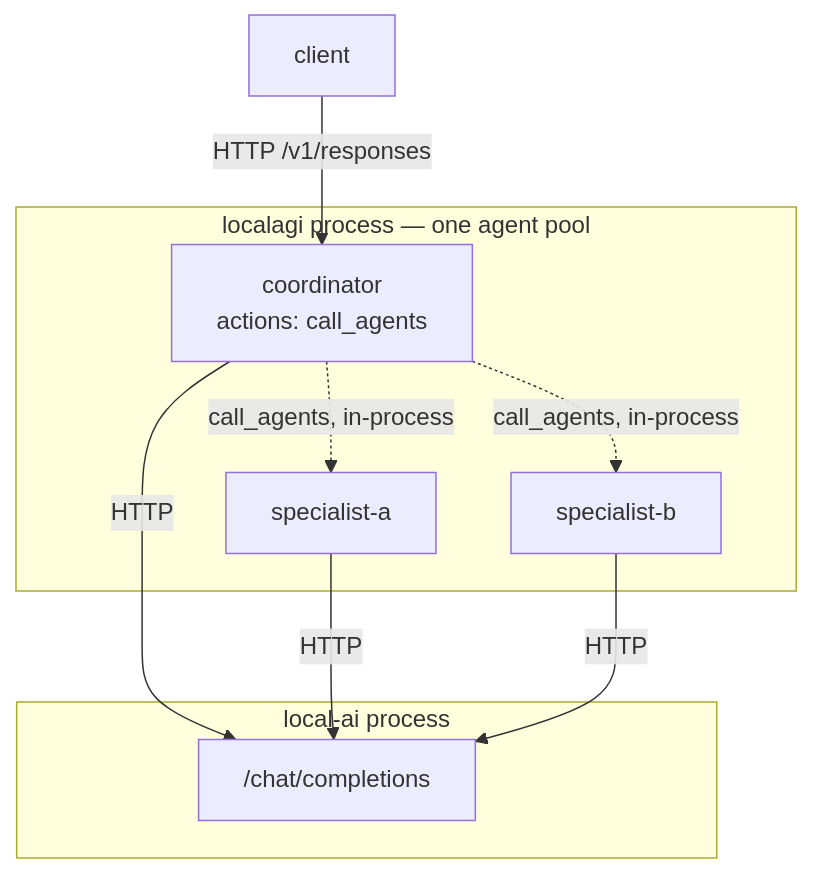
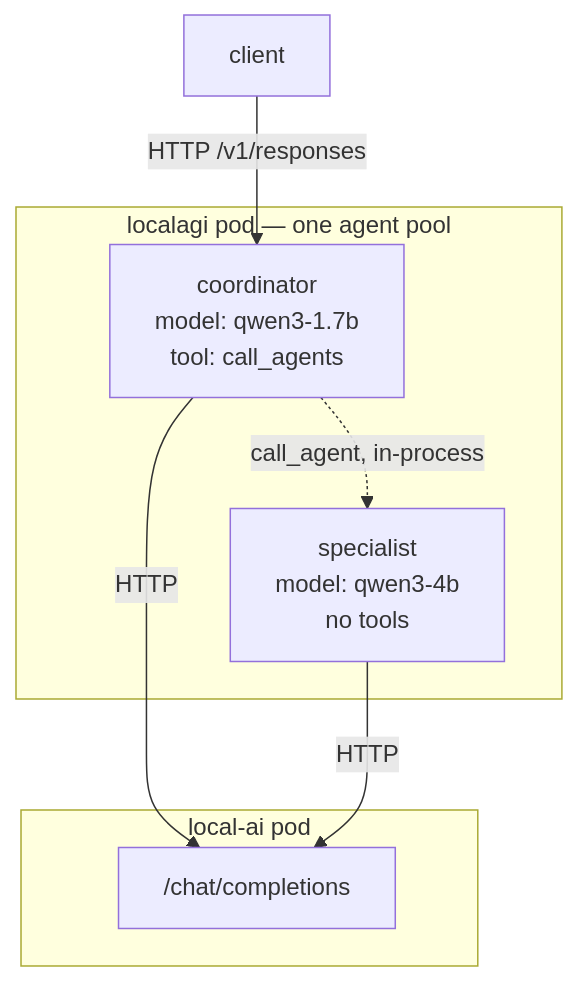
One commit to wrkode/local-ai-stack-handbook changed the first of 2 diagrams in docs/05-recipes/multi-agent.md. Above: the diagram before and after it, drawn with Mermaid. The commit also changed other lines of this file and 3 other files, not shown here.

````diff
--- a/docs/05-recipes/multi-agent.md
+++ b/docs/05-recipes/multi-agent.md
@@ -23,18 +23,15 @@
 ```mermaid
 flowchart TB
   U["client"]
-  subgraph AG["localagi process — one agent pool"]
-    C["coordinator<br/>actions: call_agents"]
-    S1["specialist-a"]
-    S2["specialist-b"]
+  subgraph AG["localagi pod — one agent pool"]
+    C["coordinator<br/>model: qwen3-1.7b<br/>tool: call_agents"]
+    S["specialist<br/>model: qwen3-4b<br/>no tools"]
   end
-  subgraph LAI["local-ai process"]
+  subgraph LAI["local-ai pod"]
     CHAT["/chat/completions"]
   end
   U -->|"HTTP /v1/responses"| C
-  C -.->|"call_agents, in-process"| S1
-  C -.->|"call_agents, in-process"| S2
+  C -.->|"call_agent, in-process"| S
   C -->|"HTTP"| CHAT
-  S1 -->|"HTTP"| CHAT
-  S2 -->|"HTTP"| CHAT
+  S -->|"HTTP"| CHAT
 ```
````
